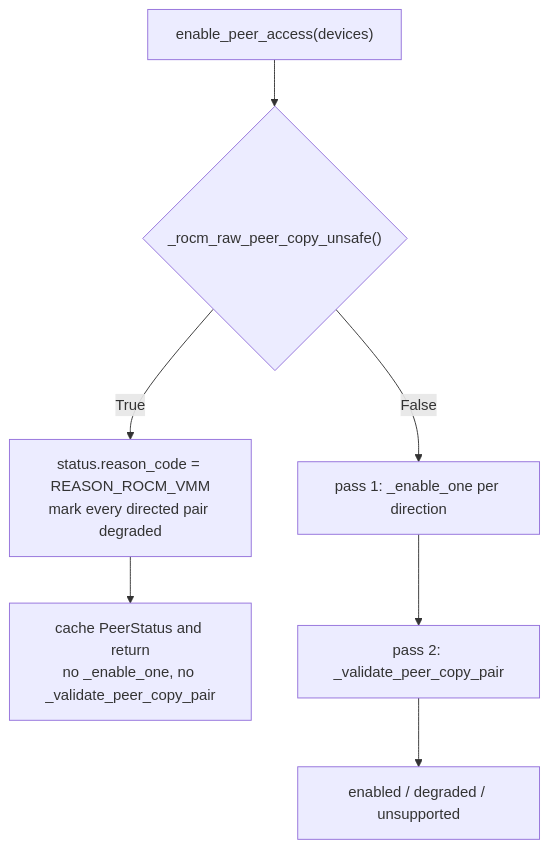
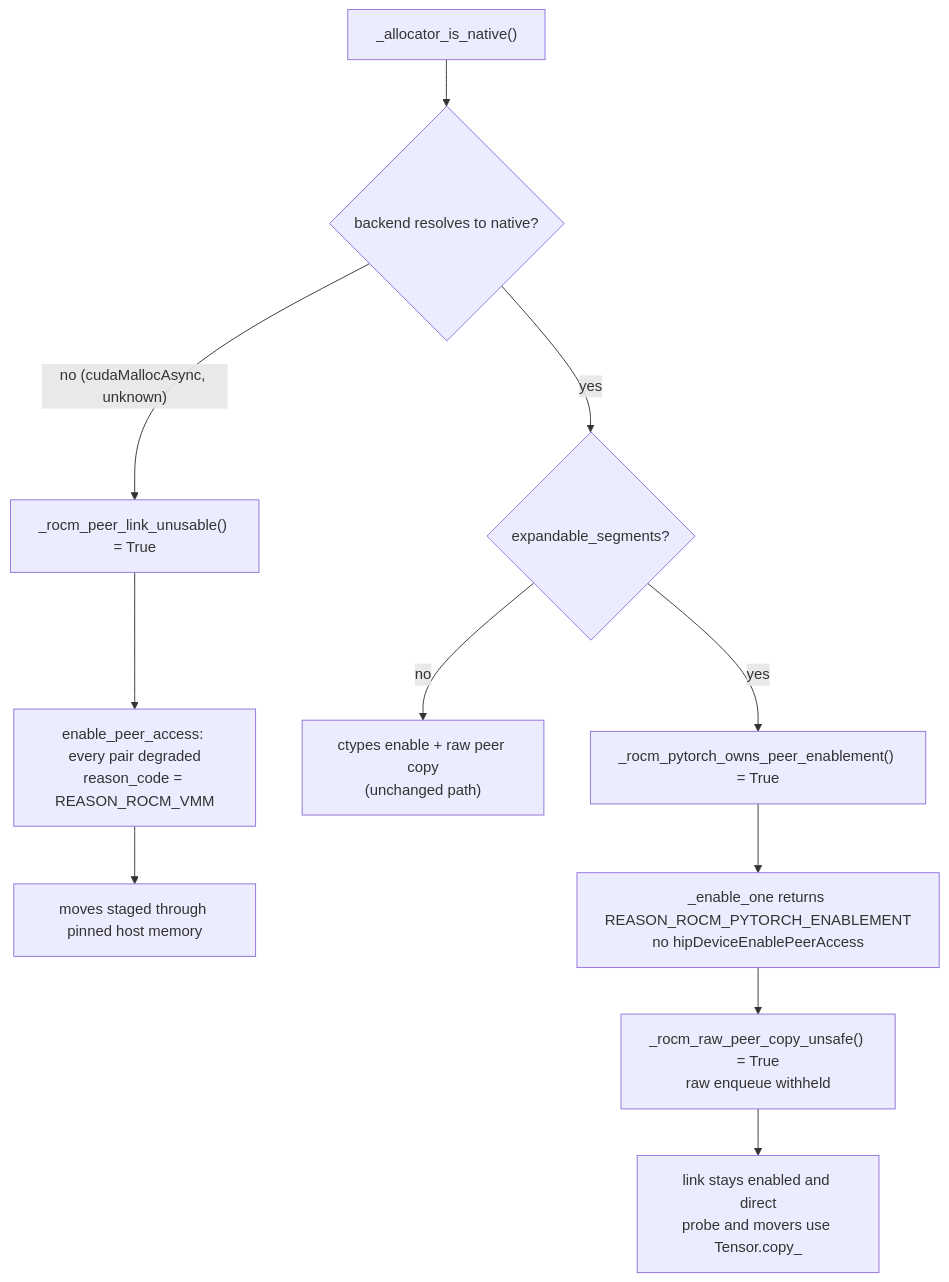
Before and after one commit to ModelCloud/GPTQModel: the second of 2 diagrams in docs/multi_gpu_quantization.md, drawn with Mermaid. The commit also changed other lines of this file and 5 other files, not shown here.

````diff
--- a/docs/multi_gpu_quantization.md
+++ b/docs/multi_gpu_quantization.md
@@ -181,9 +183,13 @@
 ```mermaid
 flowchart TD
-    A["enable_peer_access(devices)"] --> B{"_rocm_raw_peer_copy_unsafe()"}
-    B -- "True" --> C["status.reason_code = REASON_ROCM_VMM<br/>mark every directed pair degraded"]
-    C --> D["cache PeerStatus and return<br/>no _enable_one, no _validate_peer_copy_pair"]
-    B -- "False" --> E["pass 1: _enable_one per direction"]
-    E --> F["pass 2: _validate_peer_copy_pair"]
-    F --> G["enabled / degraded / unsupported"]
+    A["_allocator_is_native()"] --> B{"backend resolves to native?"}
+    B -- "no (cudaMallocAsync, unknown)" --> C["_rocm_peer_link_unusable() = True"]
+    C --> D["enable_peer_access: every pair degraded<br/>reason_code = REASON_ROCM_VMM"]
+    D --> E["moves staged through pinned host memory"]
+    B -- "yes" --> F{"expandable_segments?"}
+    F -- "no" --> G["ctypes enable + raw peer copy<br/>(unchanged path)"]
+    F -- "yes" --> H["_rocm_pytorch_owns_peer_enablement() = True"]
+    H --> I["_enable_one returns REASON_ROCM_PYTORCH_ENABLEMENT<br/>no hipDeviceEnablePeerAccess"]
+    I --> J["_rocm_raw_peer_copy_unsafe() = True<br/>raw enqueue withheld"]
+    J --> K["link stays enabled and direct<br/>probe and movers use Tensor.copy_"]
 ```
````
